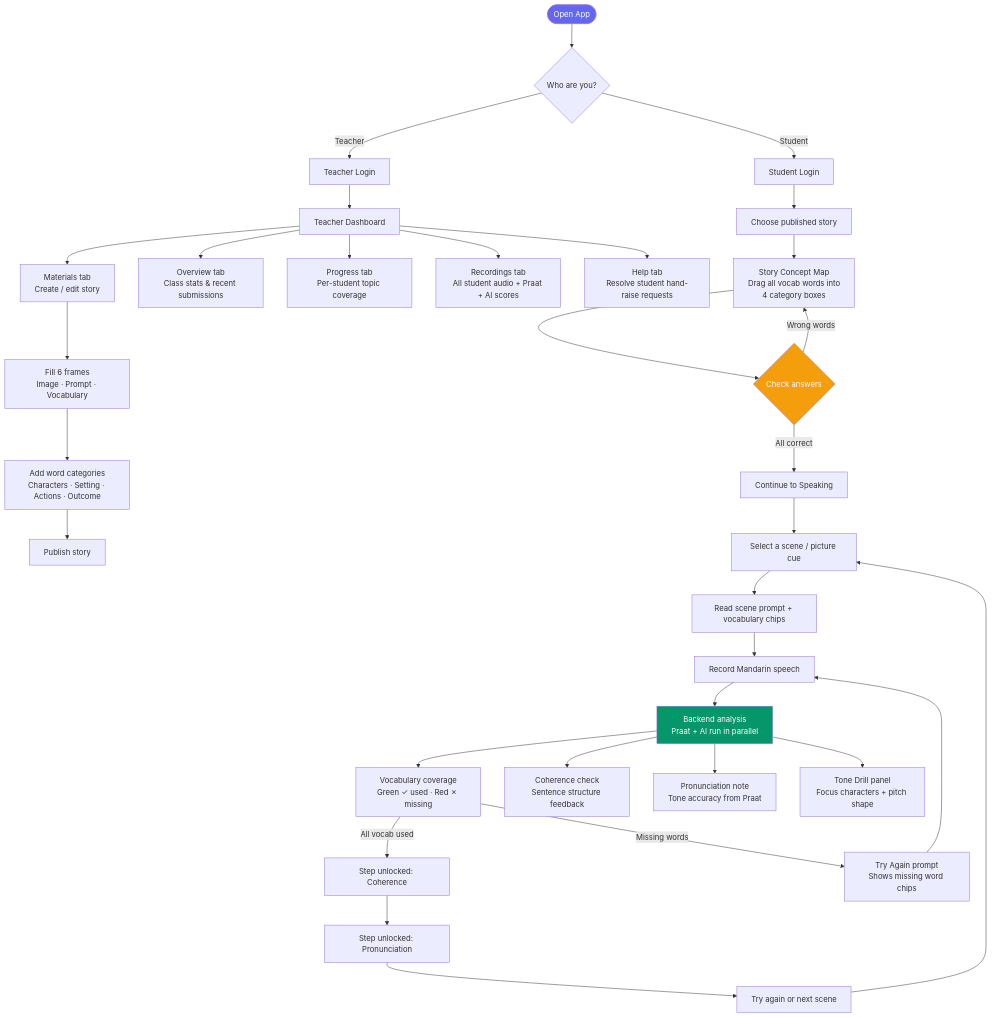
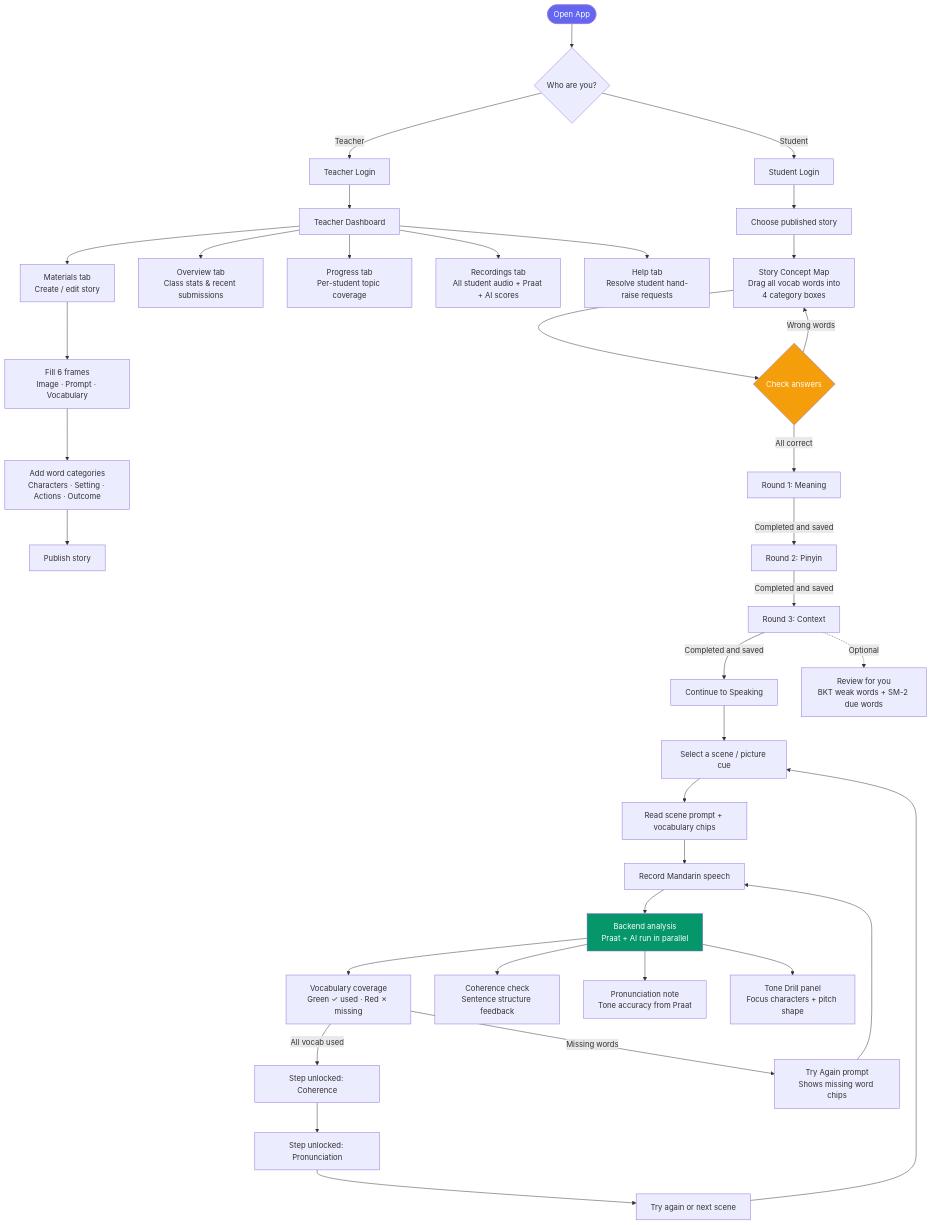
Before and after one commit to marktran0710/mandarin-speaking: the first of 4 diagrams in README.md, drawn with Mermaid. The commit also changed other lines of this file, not shown here.

Commit message:
Document BKT and SM-2 learning and review flows

````diff
--- a/README.md
+++ b/README.md
@@ -9,50 +9,54 @@
 ```mermaid
 flowchart TD
     A([Open App]) --> B{Who are you?}
 
     B -->|Teacher| T1[Teacher Login]
     B -->|Student| S1[Student Login]
 
     %% ── Teacher path ──────────────────────────────────────
     T1 --> T2[Teacher Dashboard]
 
     T2 --> T3[Materials tab\nCreate / edit story]
     T3 --> T4[Fill 6 frames\nImage · Prompt · Vocabulary]
     T4 --> T5[Add word categories\nCharacters · Setting · Actions · Outcome]
     T5 --> T6[Publish story]
 
     T2 --> T7[Overview tab\nClass stats & recent submissions]
     T2 --> T8[Progress tab\nPer-student topic coverage]
     T2 --> T9[Recordings tab\nAll student audio + Praat + AI scores]
     T2 --> T10[Help tab\nResolve student hand-raise requests]
 
     %% ── Student path ──────────────────────────────────────
     S1 --> S2[Choose published story]
     S2 --> S3[Story Concept Map\nDrag all vocab words into\n4 category boxes]
     S3 --> S4{Check answers}
     S4 -->|Wrong words| S3
-    S4 -->|All correct| S5[Continue to Speaking]
+    S4 -->|All correct| S18[Round 1: Meaning]
+    S18 -->|Completed and saved| S19[Round 2: Pinyin]
+    S19 -->|Completed and saved| S20[Round 3: Context]
+    S20 -->|Completed and saved| S5[Continue to Speaking]
+    S20 -.->|Optional| S21[Review for you\nBKT weak words + SM-2 due words]
 
     S5 --> S6[Select a scene / picture cue]
     S6 --> S7[Read scene prompt + vocabulary chips]
     S7 --> S8[Record Mandarin speech]
 
     S8 --> S9[Backend analysis\nPraat + AI run in parallel]
 
     S9 --> S10[Vocabulary coverage\nGreen ✓ used · Red ✗ missing]
     S9 --> S11[Coherence check\nSentence structure feedback]
     S9 --> S12[Pronunciation note\nTone accuracy from Praat]
     S9 --> S13[Tone Drill panel\nFocus characters + pitch shape]
 
     S10 -->|All vocab used| S14[Step unlocked: Coherence]
     S14 --> S15[Step unlocked: Pronunciation]
     S15 --> S16[Try again or next scene]
     S16 --> S6
 
     S10 -->|Missing words| S17[Try Again prompt\nShows missing word chips]
     S17 --> S8
 
     style A fill:#6366f1,color:#fff
     style S4 fill:#f59e0b,color:#fff
     style S9 fill:#059669,color:#fff
 ```
````
